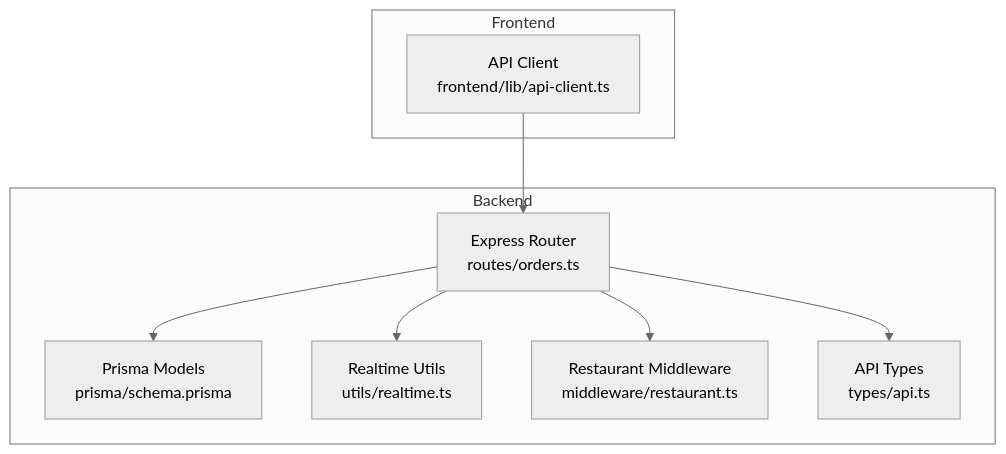
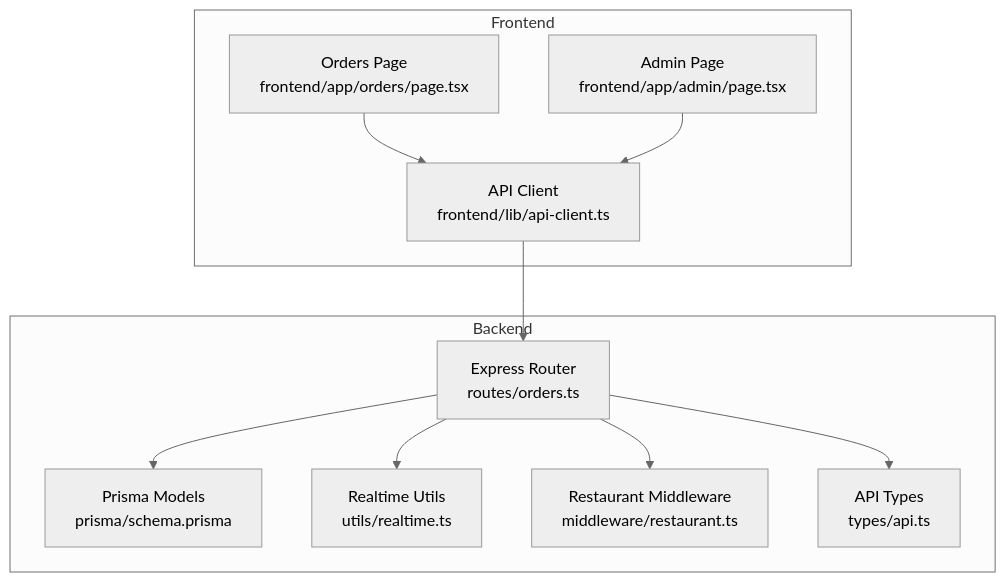
One commit to Dequeue-Tech/DeQ-Bite changed the first of 3 diagrams in .qoder/repowiki/en/content/API Documentation/Order Management Endpoints.md. Above: the diagram before and after it, drawn with Mermaid (neutral theme). The commit also changed other lines of this file and 25 other files, not shown here.

````diff
--- a/.qoder/repowiki/en/content/API Documentation/Order Management Endpoints.md
+++ b/.qoder/repowiki/en/content/API Documentation/Order Management Endpoints.md
@@ -32,18 +44,22 @@
 ```mermaid
 graph TB
 subgraph "Backend"
 A["Express Router<br/>routes/orders.ts"]
 B["Prisma Models<br/>prisma/schema.prisma"]
 C["Realtime Utils<br/>utils/realtime.ts"]
 D["Restaurant Middleware<br/>middleware/restaurant.ts"]
 E["API Types<br/>types/api.ts"]
 end
 subgraph "Frontend"
 F["API Client<br/>frontend/lib/api-client.ts"]
+G["Orders Page<br/>frontend/app/orders/page.tsx"]
+H["Admin Page<br/>frontend/app/admin/page.tsx"]
 end
 F --> A
 A --> B
 A --> C
 A --> D
 A --> E
+G --> F
+H --> F
 ```
````
